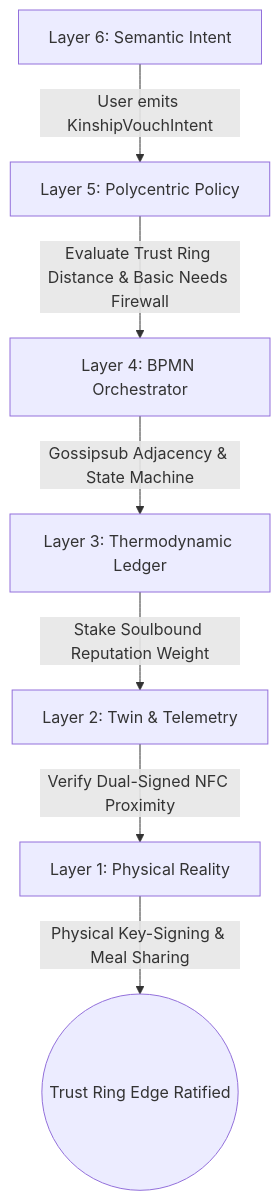
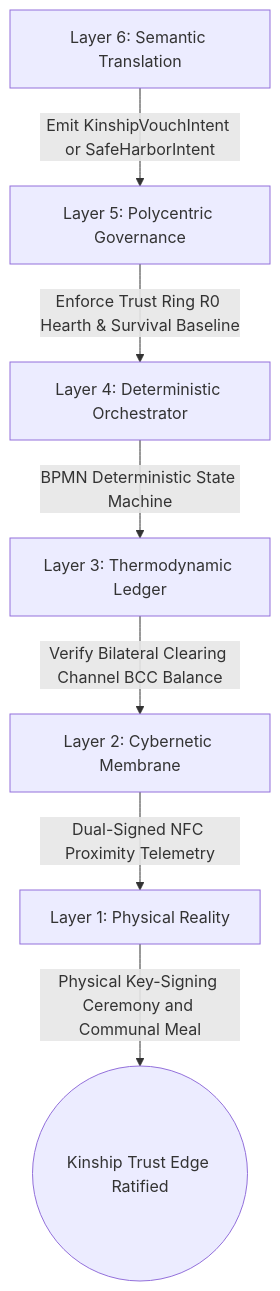
Before and after one commit to raffaine/collective: the diagram in docs/scenarios/omicron_kinship.md, drawn with Mermaid. The commit also changed other lines of this file and 23 other files, not shown here.

````diff
--- a/docs/scenarios/omicron_kinship.md
+++ b/docs/scenarios/omicron_kinship.md
@@ -41,9 +43,9 @@
 ```mermaid
 graph TD
-    L6[Layer 6: Semantic Intent] -->|User emits KinshipVouchIntent| L5[Layer 5: Polycentric Policy]
-    L5 -->|Evaluate Trust Ring Distance & Basic Needs Firewall| L4[Layer 4: BPMN Orchestrator]
-    L4 -->|Gossipsub Adjacency & State Machine| L3[Layer 3: Thermodynamic Ledger]
-    L3 -->|Stake Soulbound Reputation Weight| L2[Layer 2: Twin & Telemetry]
-    L2 -->|Verify Dual-Signed NFC Proximity| L1[Layer 1: Physical Reality]
-    L1 -->|Physical Key-Signing & Meal Sharing| End((Trust Ring Edge Ratified))
+    L6[Layer 6: Semantic Translation] -->|Emit KinshipVouchIntent or SafeHarborIntent| L5[Layer 5: Polycentric Governance]
+    L5 -->|Enforce Trust Ring R0 Hearth & Survival Baseline| L4[Layer 4: Deterministic Orchestrator]
+    L4 -->|BPMN Deterministic State Machine| L3[Layer 3: Thermodynamic Ledger]
+    L3 -->|Verify Bilateral Clearing Channel BCC Balance| L2[Layer 2: Cybernetic Membrane]
+    L2 -->|Dual-Signed NFC Proximity Telemetry| L1[Layer 1: Physical Reality]
+    L1 -->|Physical Key-Signing Ceremony and Communal Meal| End((Kinship Trust Edge Ratified))
 ```
````
